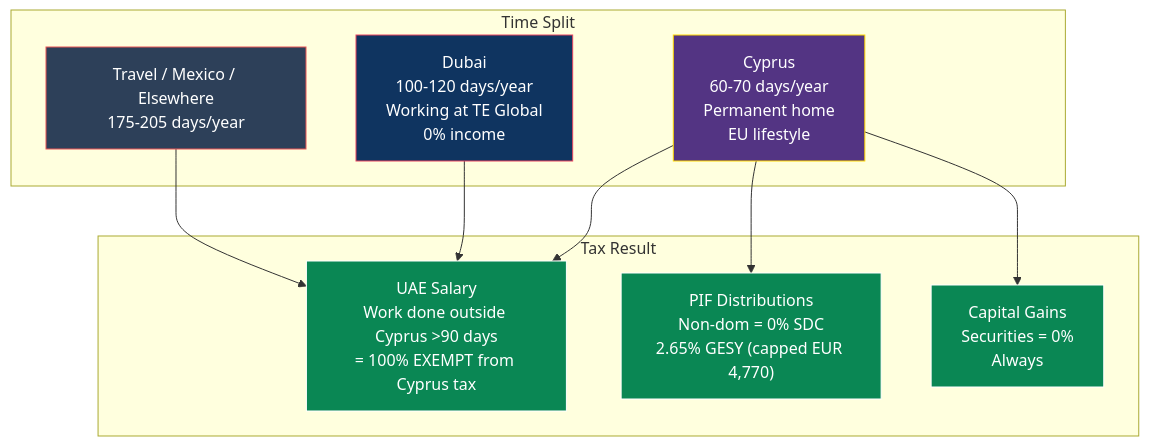
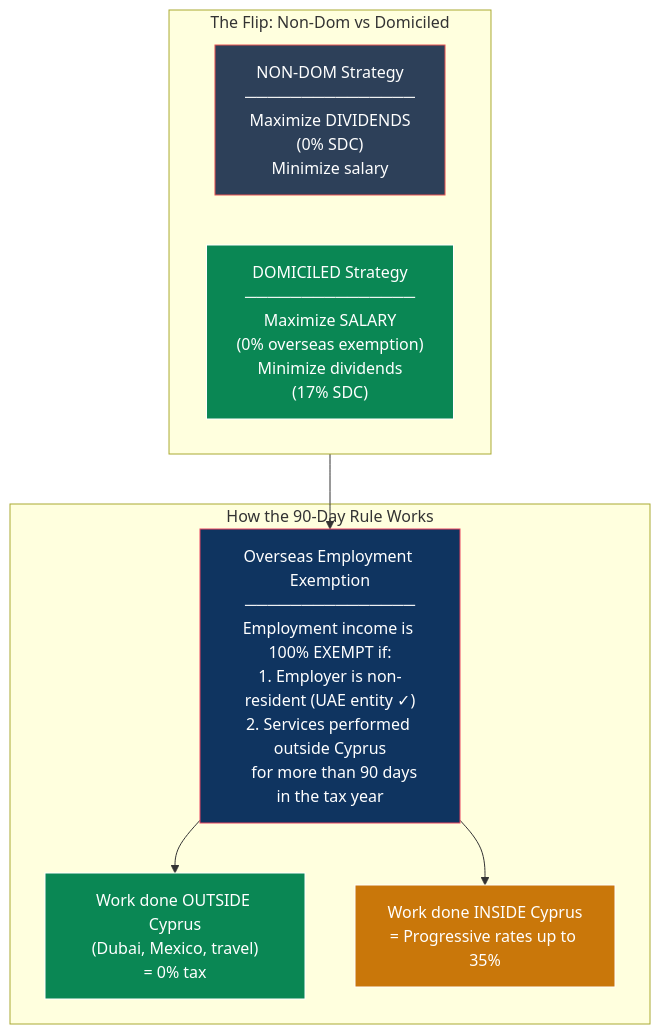
Before and after one commit to Light-Brands/epic-center: the second of 5 diagrams in docs/strategy/CYPRUS_FOUNDER_INTEGRATION.md, drawn with Mermaid. The commit also changed other lines of this file and 2 other files, not shown here.

First line of the commit message:
Rewrite Cyprus strategy for domiciled resident, preserve non-dom reference

````diff
--- a/docs/strategy/CYPRUS_FOUNDER_INTEGRATION.md
+++ b/docs/strategy/CYPRUS_FOUNDER_INTEGRATION.md
@@ -87,27 +81,25 @@
 ```mermaid
 graph TB
-    subgraph "Time Split"
-        CY["Cyprus<br/>60-70 days/year<br/>Permanent home<br/>EU lifestyle"]
-        DXB["Dubai<br/>100-120 days/year<br/>Working at TE Global<br/>0% income"]
-        TRAVEL["Travel / Mexico / Elsewhere<br/>175-205 days/year"]
+    subgraph "The Flip: Non-Dom vs Domiciled"
+        direction LR
+        NONDOM["NON-DOM Strategy<br/>───────────────<br/>Maximize DIVIDENDS<br/>(0% SDC)<br/>Minimize salary"]
+        DOM["DOMICILED Strategy<br/>───────────────<br/>Maximize SALARY<br/>(0% overseas exemption)<br/>Minimize dividends<br/>(17% SDC)"]
     end
 
-    subgraph "Tax Result"
-        SALARY["UAE Salary<br/>Work done outside Cyprus >90 days<br/>= 100% EXEMPT from Cyprus tax"]
-        DIV["PIF Distributions<br/>Non-dom = 0% SDC<br/>2.65% GESY (capped EUR 4,770)"]
-        CG["Capital Gains<br/>Securities = 0%<br/>Always"]
+    subgraph "How the 90-Day Rule Works"
+        RULE["Overseas Employment Exemption<br/>───────────────<br/>Employment income is 100% EXEMPT if:<br/>1. Employer is non-resident (UAE entity ✓)<br/>2. Services performed outside Cyprus<br/>   for more than 90 days in the tax year"]
+
+        EXEMPT["Work done OUTSIDE Cyprus<br/>(Dubai, Mexico, travel)<br/>= 0% tax"]
+        TAXED["Work done INSIDE Cyprus<br/>= Progressive rates up to 35%"]
     end
 
-    CY --> SALARY
-    DXB --> SALARY
-    TRAVEL --> SALARY
-    CY --> DIV
-    CY --> CG
+    DOM --> RULE
+    RULE --> EXEMPT
+    RULE --> TAXED
 
-    style CY fill:#533483,stroke:#ffd700,color:#fff
-    style DXB fill:#0f3460,stroke:#e94560,color:#fff
-    style TRAVEL fill:#2d4059,stroke:#ea5455,color:#fff
-    style SALARY fill:#0a8754,stroke:#fff,color:#fff
-    style DIV fill:#0a8754,stroke:#fff,color:#fff
-    style CG fill:#0a8754,stroke:#fff,color:#fff
+    style NONDOM fill:#2d4059,stroke:#ea5455,color:#fff
+    style DOM fill:#0a8754,stroke:#fff,color:#fff
+    style RULE fill:#0f3460,stroke:#e94560,color:#fff
+    style EXEMPT fill:#0a8754,stroke:#fff,color:#fff
+    style TAXED fill:#c9770a,stroke:#fff,color:#fff
 ```
````
